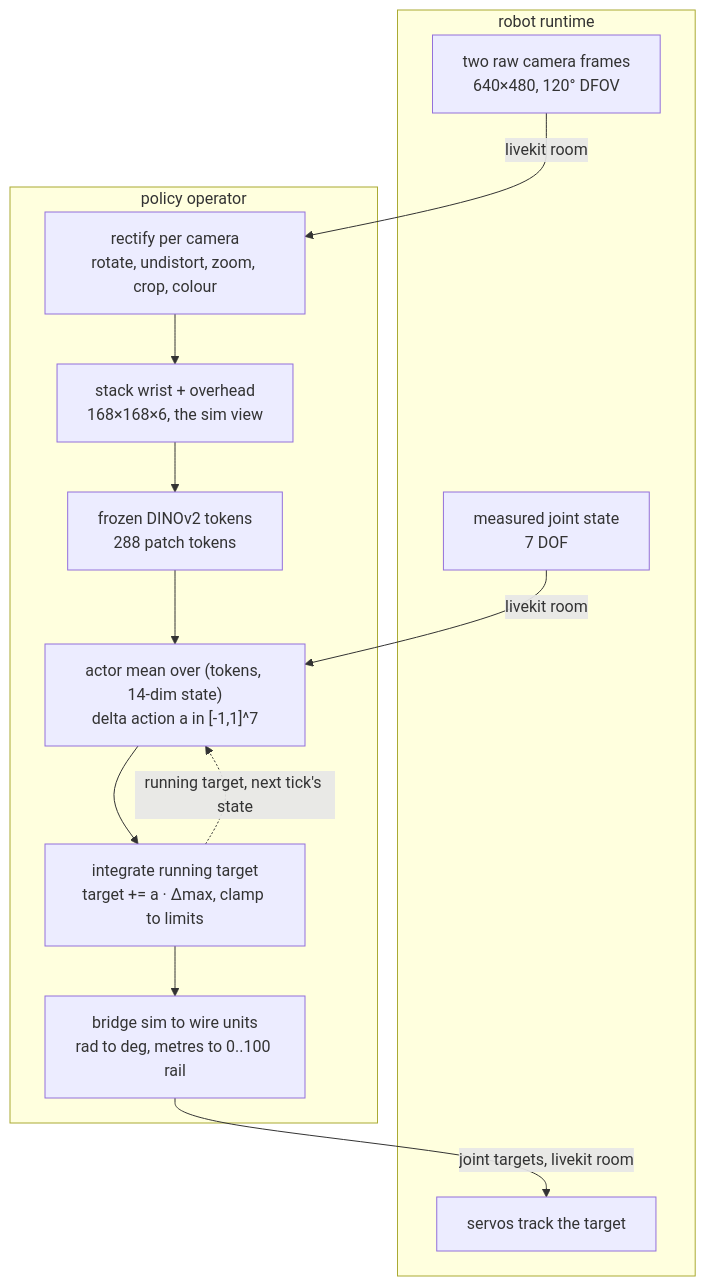
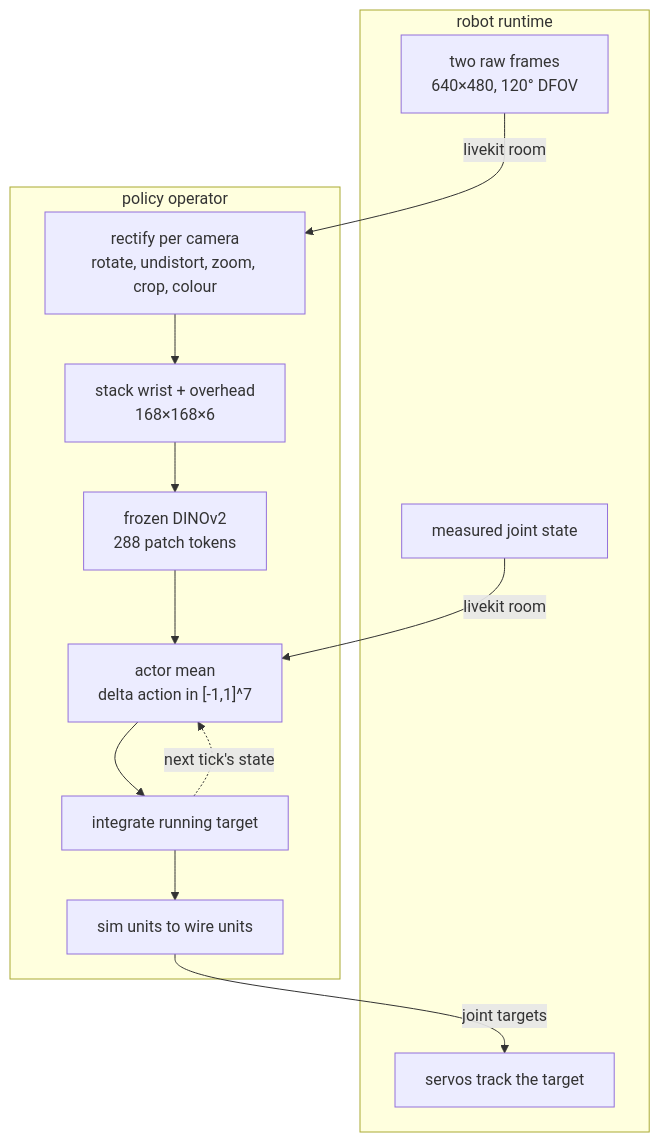
The diagram in draft.md (livekit-examples/so-frame), drawn with Mermaid before and after one commit. The commit also changed other lines of this file and 8 other files, not shown here.

````diff
--- a/draft.md
+++ b/draft.md
@@ -270,23 +229,23 @@
 ```mermaid
 flowchart TD
     subgraph robot["robot runtime"]
-        cams["two raw camera frames<br/>640×480, 120° DFOV"]
-        qpos["measured joint state<br/>7 DOF"]
+        cams["two raw frames<br/>640×480, 120° DFOV"]
+        qpos["measured joint state"]
         servos["servos track the target"]
     end
 
     subgraph policy["policy operator"]
         rect["rectify per camera<br/>rotate, undistort, zoom, crop, colour"]
-        stack["stack wrist + overhead<br/>168×168×6, the sim view"]
-        tok["frozen DINOv2 tokens<br/>288 patch tokens"]
-        actor["actor mean over (tokens, 14-dim state)<br/>delta action a in [-1,1]^7"]
-        integrate["integrate running target<br/>target += a · Δmax, clamp to limits"]
-        bridge["bridge sim to wire units<br/>rad to deg, metres to 0..100 rail"]
+        stack["stack wrist + overhead<br/>168×168×6"]
+        tok["frozen DINOv2<br/>288 patch tokens"]
+        actor["actor mean<br/>delta action in [-1,1]^7"]
+        integrate["integrate running target"]
+        bridge["sim units to wire units"]
     end
 
     cams -- livekit room --> rect
     qpos -- livekit room --> actor
     rect --> stack --> tok --> actor --> integrate --> bridge
-    bridge -- joint targets, livekit room --> servos
-    integrate -. running target, next tick's state .-> actor
+    bridge -- joint targets --> servos
+    integrate -. next tick's state .-> actor
 ```
````
